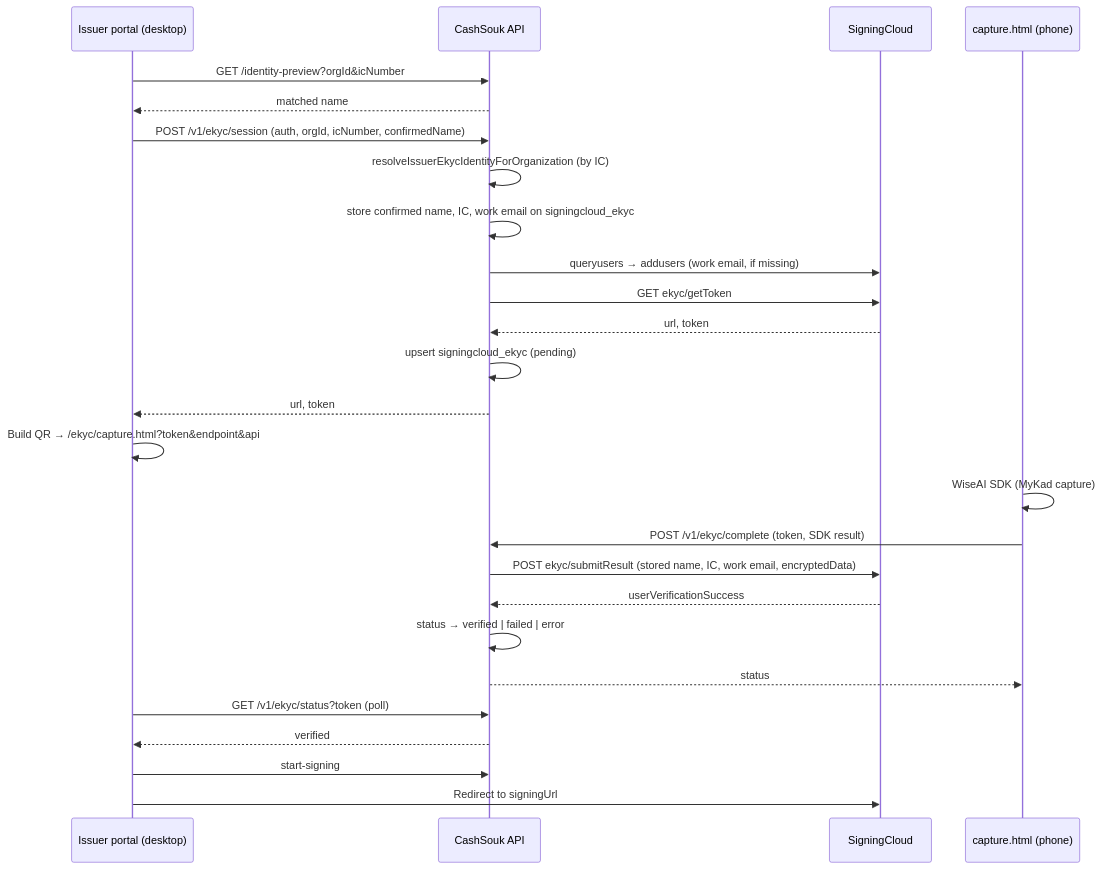
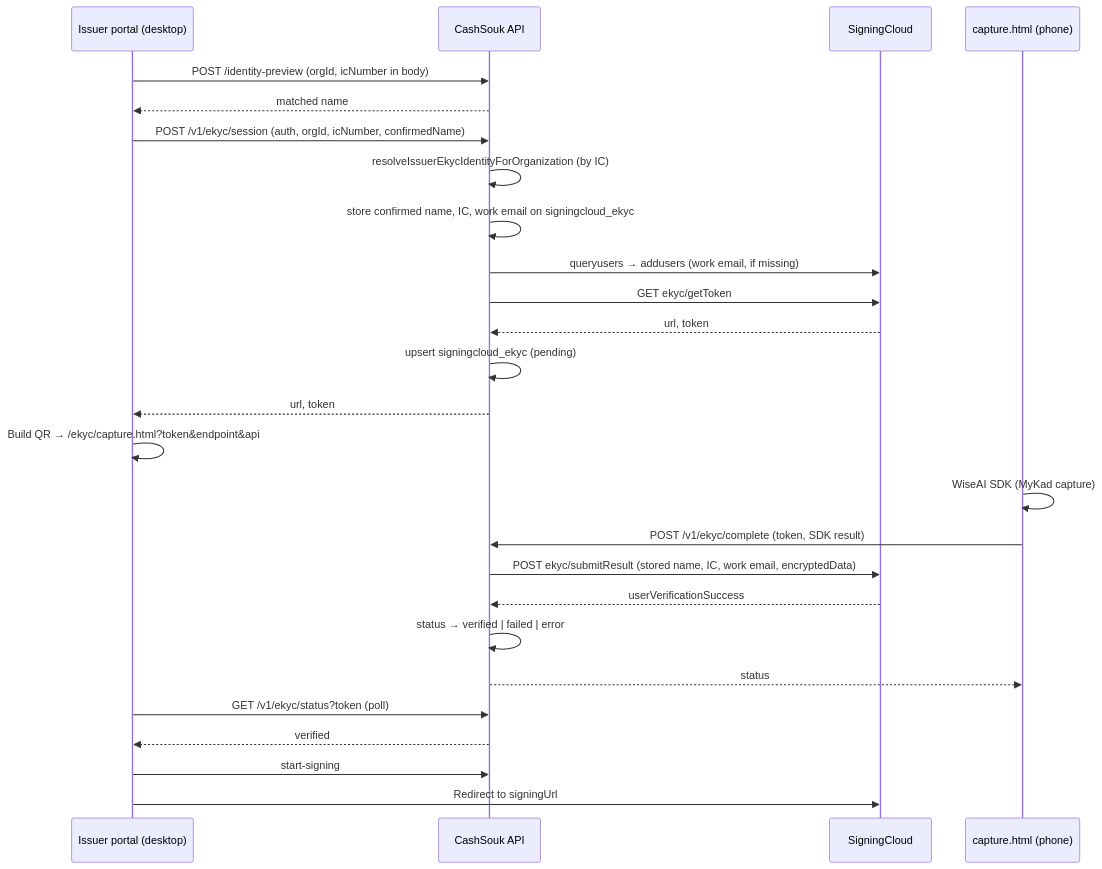
The diagram in docs/integrations/signingcloud-ekyc-flow.md (Malcan-Technologies/shoraka), drawn with Mermaid before and after one commit. The commit also changed other lines of this file and 7 other files, not shown here.

First line of the commit message:
fix: harden company-only flow and move IC off query string

````diff
--- a/docs/integrations/signingcloud-ekyc-flow.md
+++ b/docs/integrations/signingcloud-ekyc-flow.md
@@ -21,31 +23,31 @@
 ```mermaid
 sequenceDiagram
   participant Desktop as Issuer portal (desktop)
   participant API as CashSouk API
   participant SC as SigningCloud
   participant Mobile as capture.html (phone)
 
-  Desktop->>API: GET /identity-preview?orgId&icNumber
+  Desktop->>API: POST /identity-preview (orgId, icNumber in body)
   API-->>Desktop: matched name
   Desktop->>API: POST /v1/ekyc/session (auth, orgId, icNumber, confirmedName)
   API->>API: resolveIssuerEkycIdentityForOrganization (by IC)
   API->>API: store confirmed name, IC, work email on signingcloud_ekyc
   API->>SC: queryusers → addusers (work email, if missing)
   API->>SC: GET ekyc/getToken
   SC-->>API: url, token
   API->>API: upsert signingcloud_ekyc (pending)
   API-->>Desktop: url, token
   Desktop->>Desktop: Build QR → /ekyc/capture.html?token&endpoint&api
 
   Mobile->>Mobile: WiseAI SDK (MyKad capture)
   Mobile->>API: POST /v1/ekyc/complete (token, SDK result)
   API->>SC: POST ekyc/submitResult (stored name, IC, work email, encryptedData)
   SC-->>API: userVerificationSuccess
   API->>API: status → verified | failed | error
   API-->>Mobile: status
 
   Desktop->>API: GET /v1/ekyc/status?token (poll)
   API-->>Desktop: verified
   Desktop->>API: start-signing
   Desktop->>SC: Redirect to signingUrl
 ```
````
